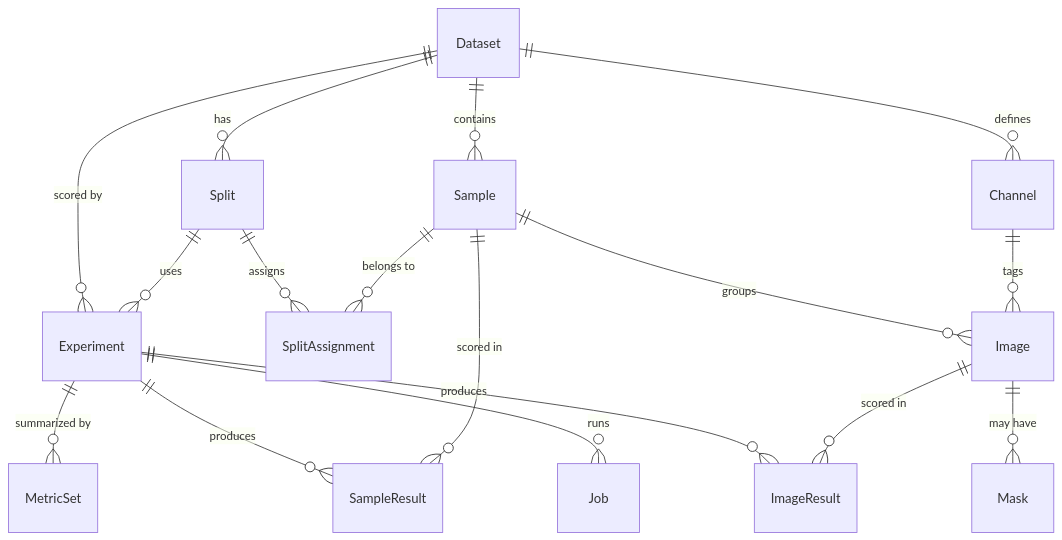
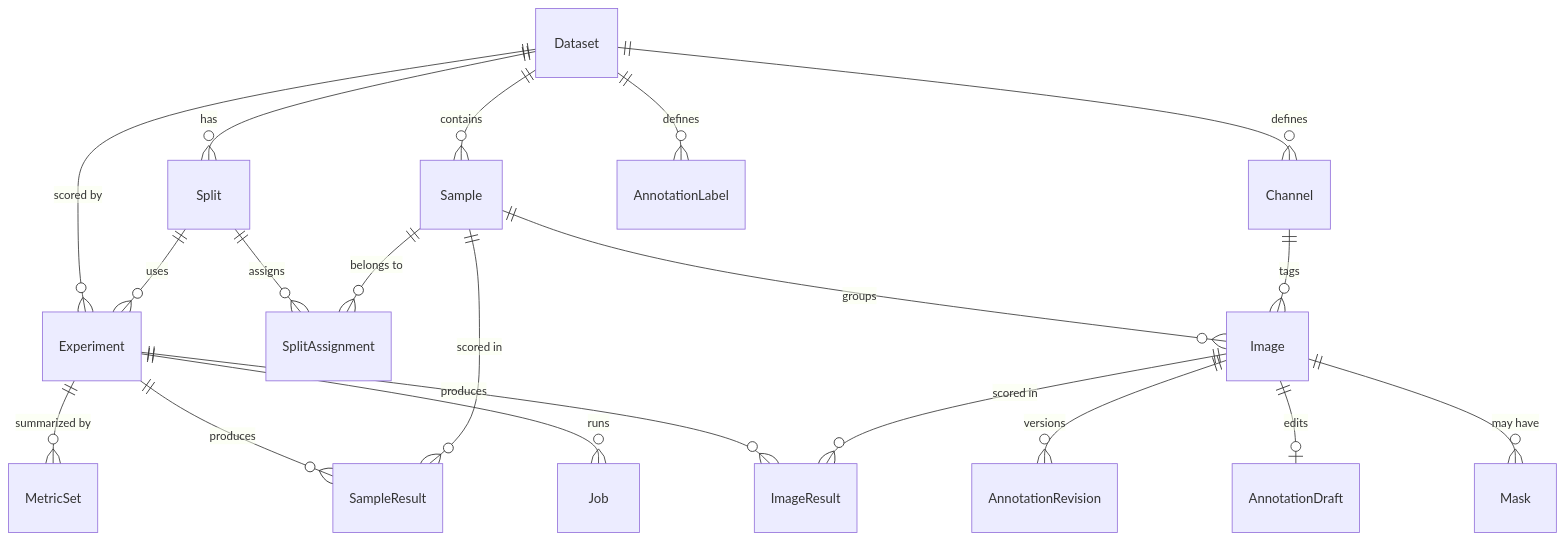
The diagram in docs/architecture/domain-model.md (VitalyVorobyev/visual-anomaly-lab), drawn with Mermaid before and after one commit. The commit also changed other lines of this file and 23 other files, not shown here.

````diff
--- a/docs/architecture/domain-model.md
+++ b/docs/architecture/domain-model.md
@@ -19,19 +19,22 @@
 ```mermaid
 erDiagram
     Dataset ||--o{ Channel : "defines"
     Dataset ||--o{ Sample : "contains"
     Dataset ||--o{ Split : "has"
+    Dataset ||--o{ AnnotationLabel : "defines"
     Sample  ||--o{ Image : "groups"
     Channel ||--o{ Image : "tags"
     Image   ||--o{ Mask : "may have"
+    Image   ||--o| AnnotationDraft : "edits"
+    Image   ||--o{ AnnotationRevision : "versions"
     Split   ||--o{ SplitAssignment : "assigns"
     Sample  ||--o{ SplitAssignment : "belongs to"
     Dataset ||--o{ Experiment : "scored by"
     Split   ||--o{ Experiment : "uses"
     Experiment ||--o{ Job : "runs"
     Experiment ||--o{ ImageResult : "produces"
     Experiment ||--o{ SampleResult : "produces"
     Experiment ||--o{ MetricSet : "summarized by"
     Image   ||--o{ ImageResult : "scored in"
     Sample  ||--o{ SampleResult : "scored in"
 ```
````
